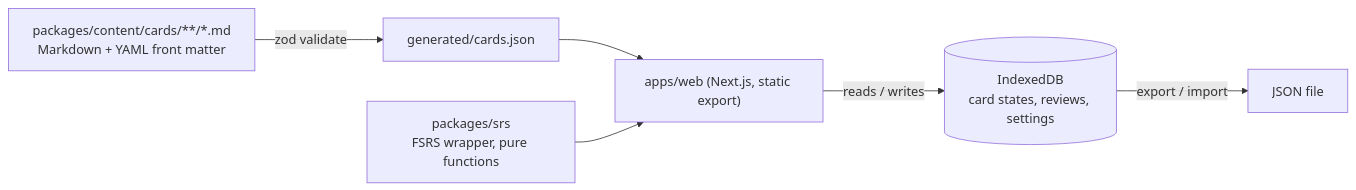
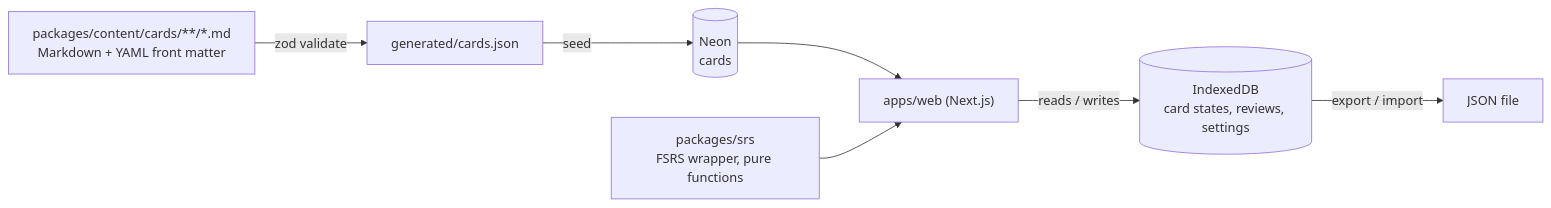
One commit to masaok/metastack changed the diagram in README.md. Above: the diagram before and after it, drawn with Mermaid. The commit also changed other lines of this file and 33 other files, not shown here.

First line of the commit message:
feat(web): serve cards from the Neon cards table

````diff
--- a/README.md
+++ b/README.md
@@ -56,8 +57,9 @@
 ```mermaid
 flowchart LR
   md["packages/content/cards/**/*.md<br/>Markdown + YAML front matter"] -->|zod validate| json["generated/cards.json"]
-  json --> web["apps/web (Next.js, static export)"]
+  json -->|seed| neon[("Neon<br/>cards")]
+  neon --> web["apps/web (Next.js)"]
   srs["packages/srs<br/>FSRS wrapper, pure functions"] --> web
   web -->|reads / writes| idb[("IndexedDB<br/>card states, reviews, settings")]
   idb -->|export / import| file["JSON file"]
 ```
````
